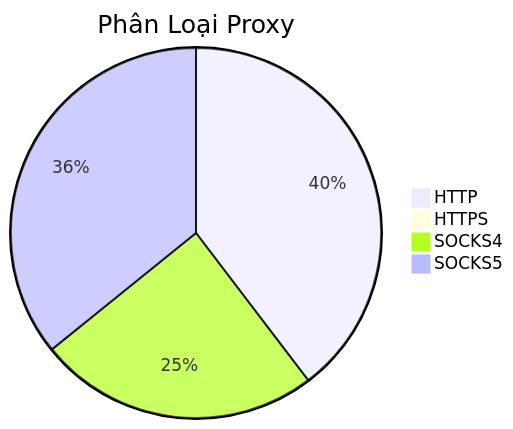
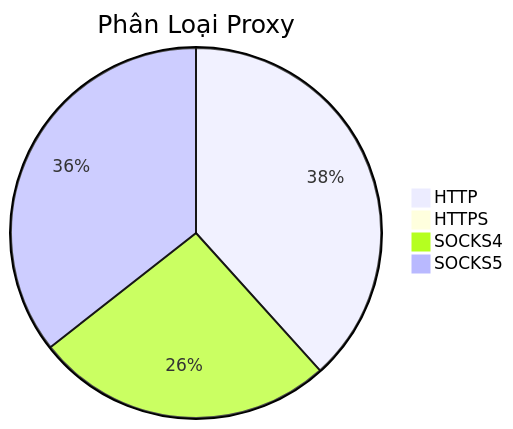
One commit to Ciara-12/PROXY-free changed the diagram in README.md. Above: the diagram before and after it, drawn with Mermaid. The commit also changed other lines of this file and 3 other files, not shown here.

````diff
--- a/README.md
+++ b/README.md
@@ -26,7 +26,7 @@
 ```mermaid
 pie title Phân Loại Proxy
-    "HTTP" : 373
+    "HTTP" : 351
     "HTTPS" : 0
-    "SOCKS4" : 231
-    "SOCKS5" : 337
+    "SOCKS4" : 239
+    "SOCKS5" : 326
 ```
````
